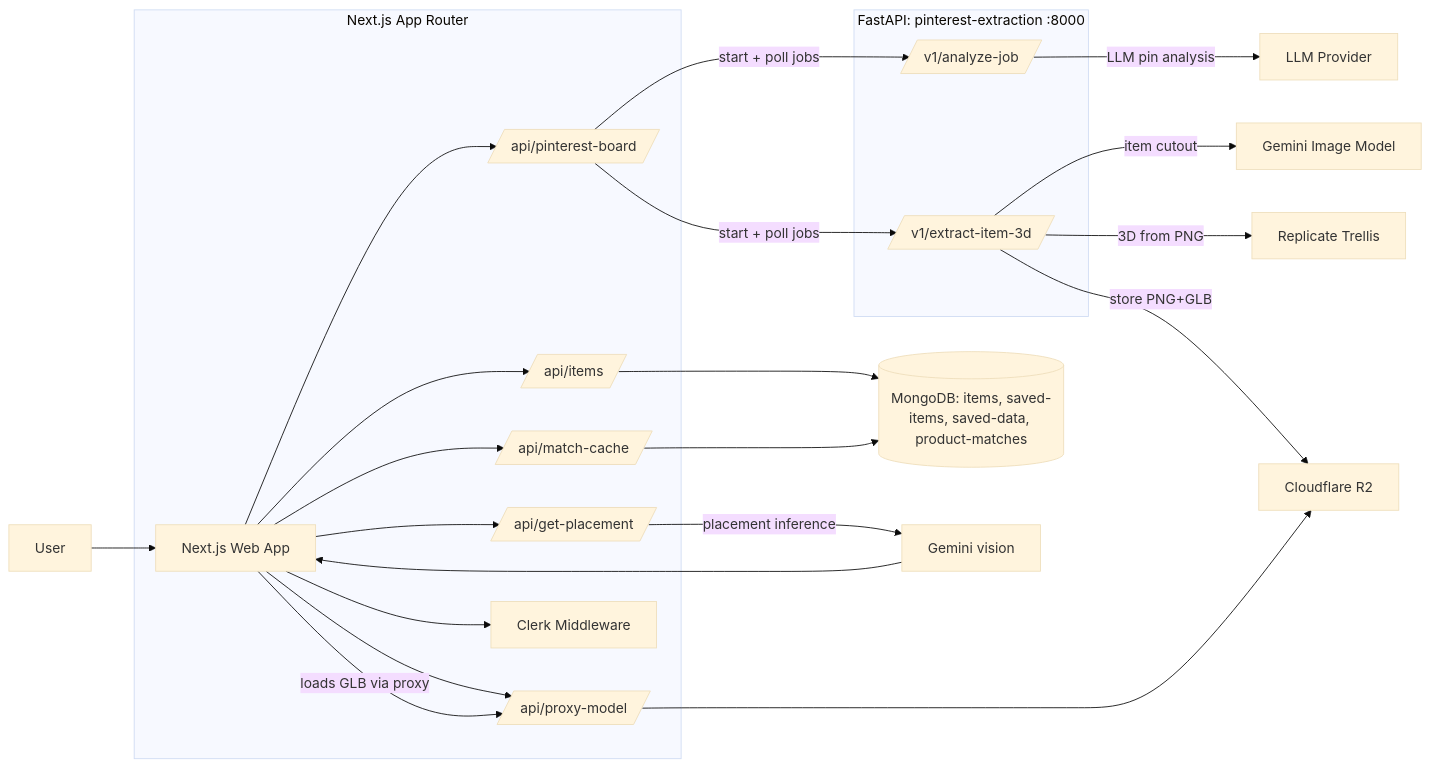
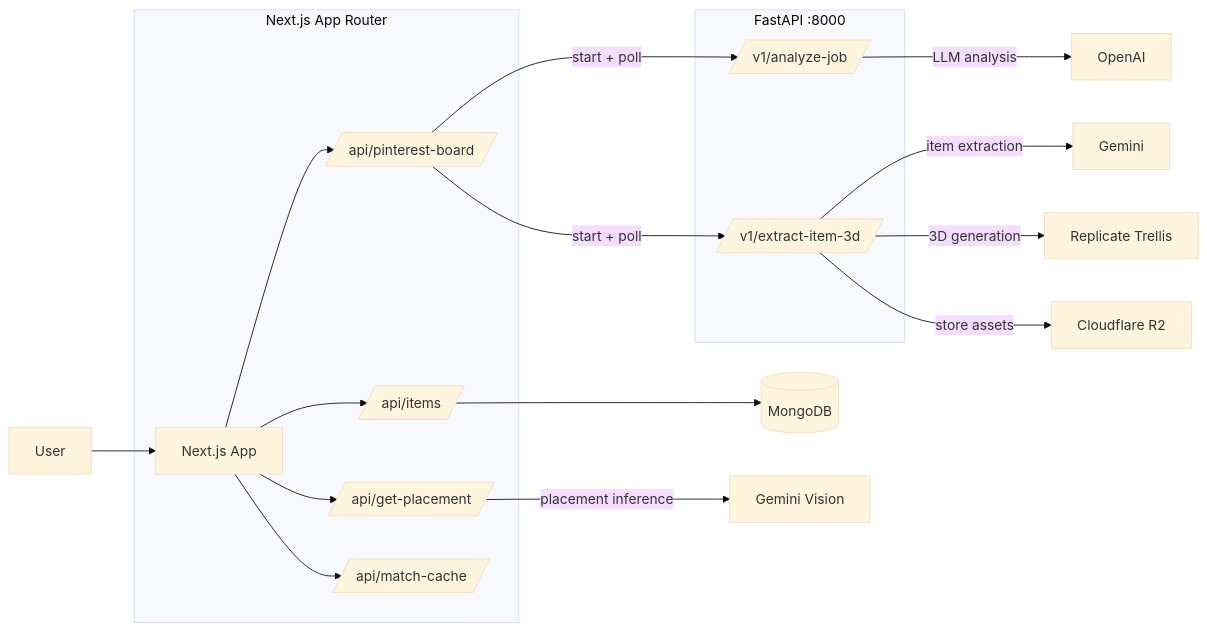
The diagram in README.md (alanxue1/deja-view), drawn with Mermaid (base theme) before and after one commit. The commit also changed other lines of this file, not shown here.

````diff
--- a/README.md
+++ b/README.md
@@ -65,32 +75,27 @@
 ```mermaid
 flowchart LR
-  U[User] --> W[Next.js Web App]
+  U[User] --> W[Next.js App]
 
-  subgraph Next["Next.js App Router"]
+  subgraph Frontend["Next.js App Router"]
     W --> A1[/api/pinterest-board/]
     W --> A2[/api/items/]
     W --> A3[/api/get-placement/]
     W --> A4[/api/match-cache/]
-    W --> A5[/api/proxy-model/]
-    W --> Auth[Clerk Middleware]
   end
 
-  subgraph Py["FastAPI: pinterest-extraction :8000"]
+  subgraph Backend["FastAPI :8000"]
     P1[/v1/analyze-job/]
     P2[/v1/extract-item-3d/]
   end
 
-  A1 -->|start + poll jobs| P1
-  A1 -->|start + poll jobs| P2
+  A1 -->|start + poll| P1
+  A1 -->|start + poll| P2
 
-  P1 -->|LLM pin analysis| LLM[LLM Provider]
-  P2 -->|item cutout| G[Gemini Image Model]
-  P2 -->|3D from PNG| R[Replicate Trellis]
-  P2 -->|store PNG+GLB| R2[Cloudflare R2]
+  P1 -->|LLM analysis| LLM[OpenAI]
+  P2 -->|item extraction| G[Gemini]
+  P2 -->|3D generation| R[Replicate Trellis]
+  P2 -->|store assets| R2[Cloudflare R2]
 
-  A2 --> DB[(MongoDB: items, saved-items, saved-data, product-matches)]
-  A4 --> DB
-
-  W -->|loads GLB via proxy| A5 --> R2
-  A3 -->|placement inference| GV[Gemini vision] --> W
+  A2 --> DB[(MongoDB)]
+  A3 -->|placement inference| GV[Gemini Vision]
 ```
````
